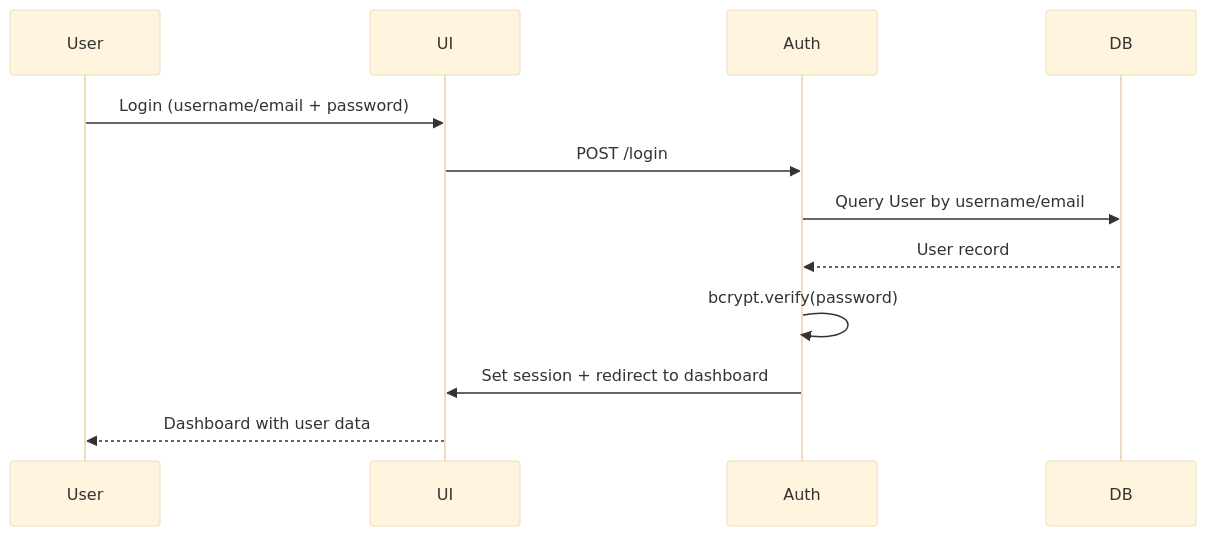
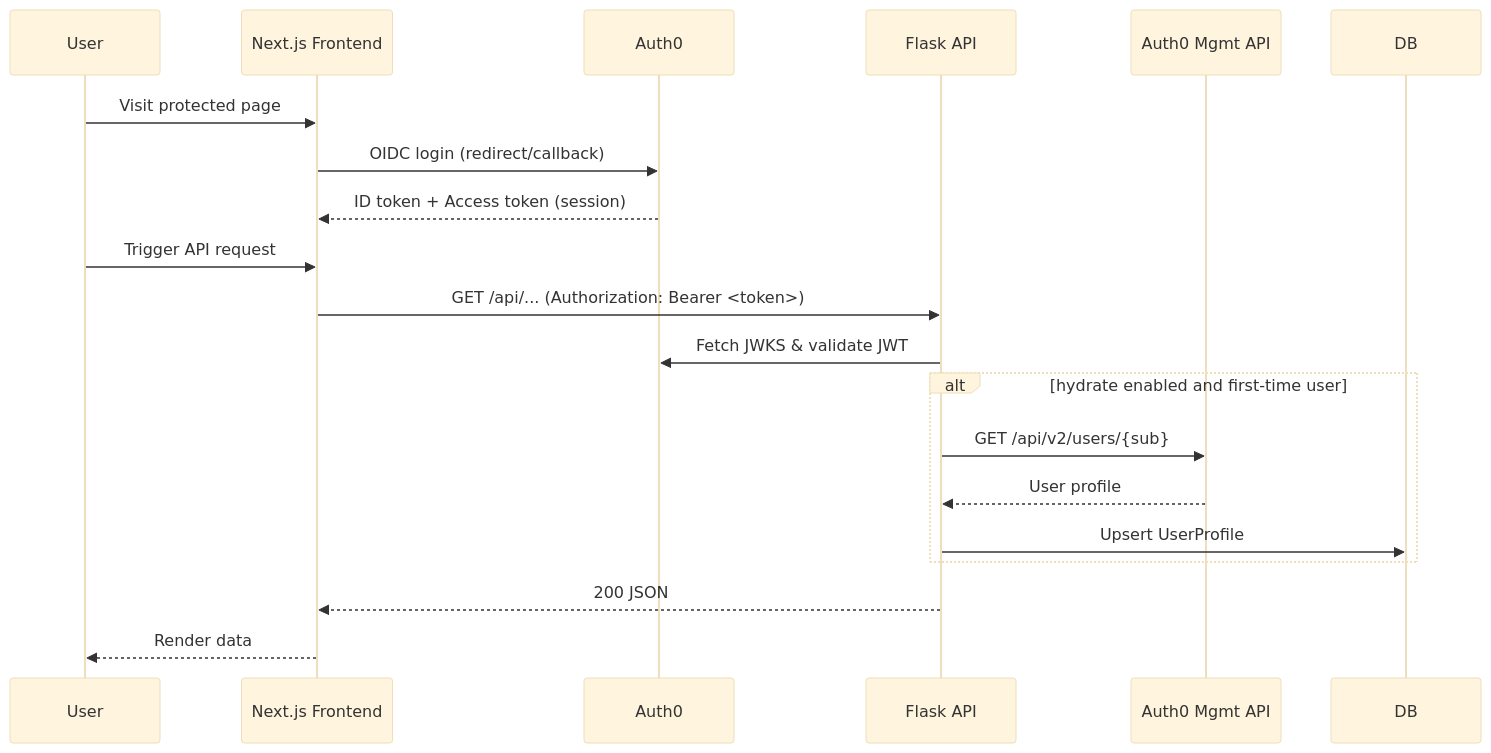
Before and after one commit to poyao0705/jobmate-backend: the third of 8 diagrams in docs/WORKFLOW.md, drawn with Mermaid (base theme). The commit also changed other lines of this file and 12 other files, not shown here.

````diff
--- a/docs/WORKFLOW.md
+++ b/docs/WORKFLOW.md
@@ -222,15 +230,23 @@
 ```mermaid
 sequenceDiagram
   participant User
-  participant UI
-  participant Auth
+  participant NextJS as Next.js Frontend
+  participant Auth0 as Auth0
+  participant Flask as Flask API
+  participant Auth0Mgmt as Auth0 Mgmt API
   participant DB
 
-  User->>UI: Login (username/email + password)
-  UI->>Auth: POST /login
-  Auth->>DB: Query User by username/email
-  DB-->>Auth: User record
-  Auth->>Auth: bcrypt.verify(password)
-  Auth->>UI: Set session + redirect to dashboard
-  UI-->>User: Dashboard with user data
+  User->>NextJS: Visit protected page
+  NextJS->>Auth0: OIDC login (redirect/callback)
+  Auth0-->>NextJS: ID token + Access token (session)
+  User->>NextJS: Trigger API request
+  NextJS->>Flask: GET /api/... (Authorization: Bearer <token>)
+  Flask->>Auth0: Fetch JWKS & validate JWT
+  alt hydrate enabled and first-time user
+    Flask->>Auth0Mgmt: GET /api/v2/users/{sub}
+    Auth0Mgmt-->>Flask: User profile
+    Flask->>DB: Upsert UserProfile
+  end
+  Flask-->>NextJS: 200 JSON
+  NextJS-->>User: Render data
 ```
````
